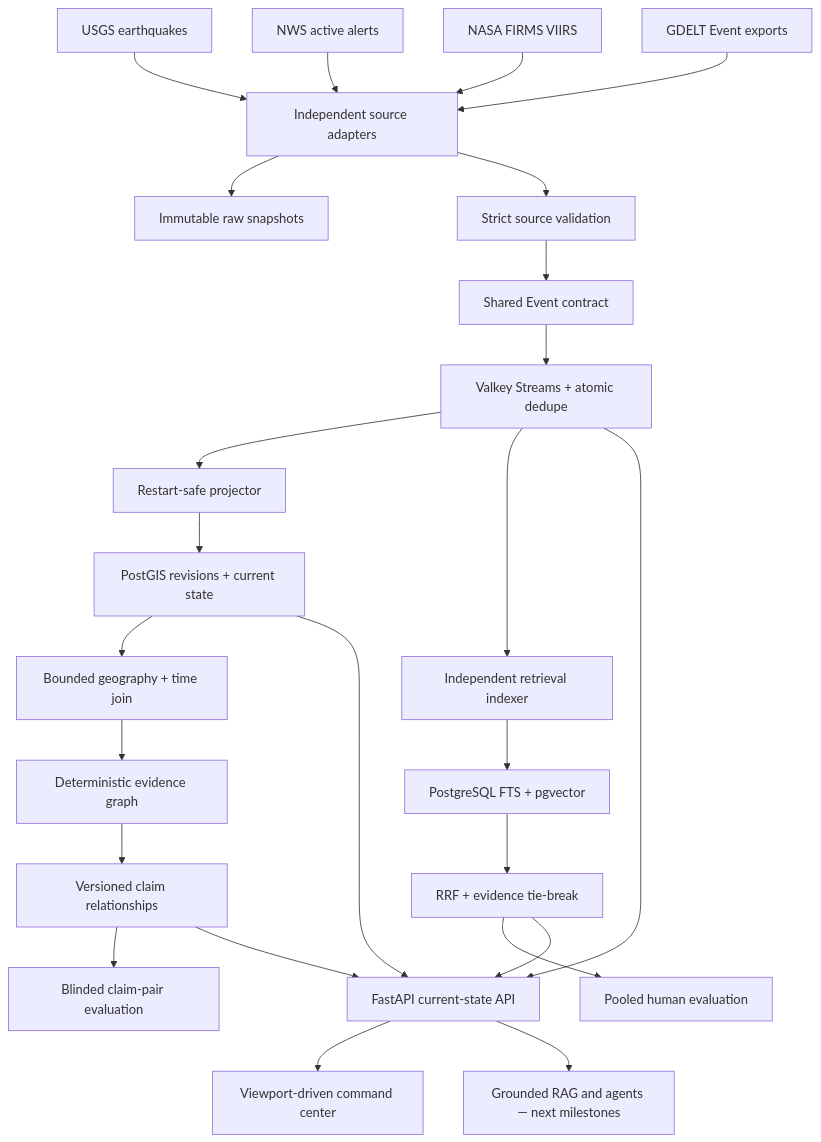
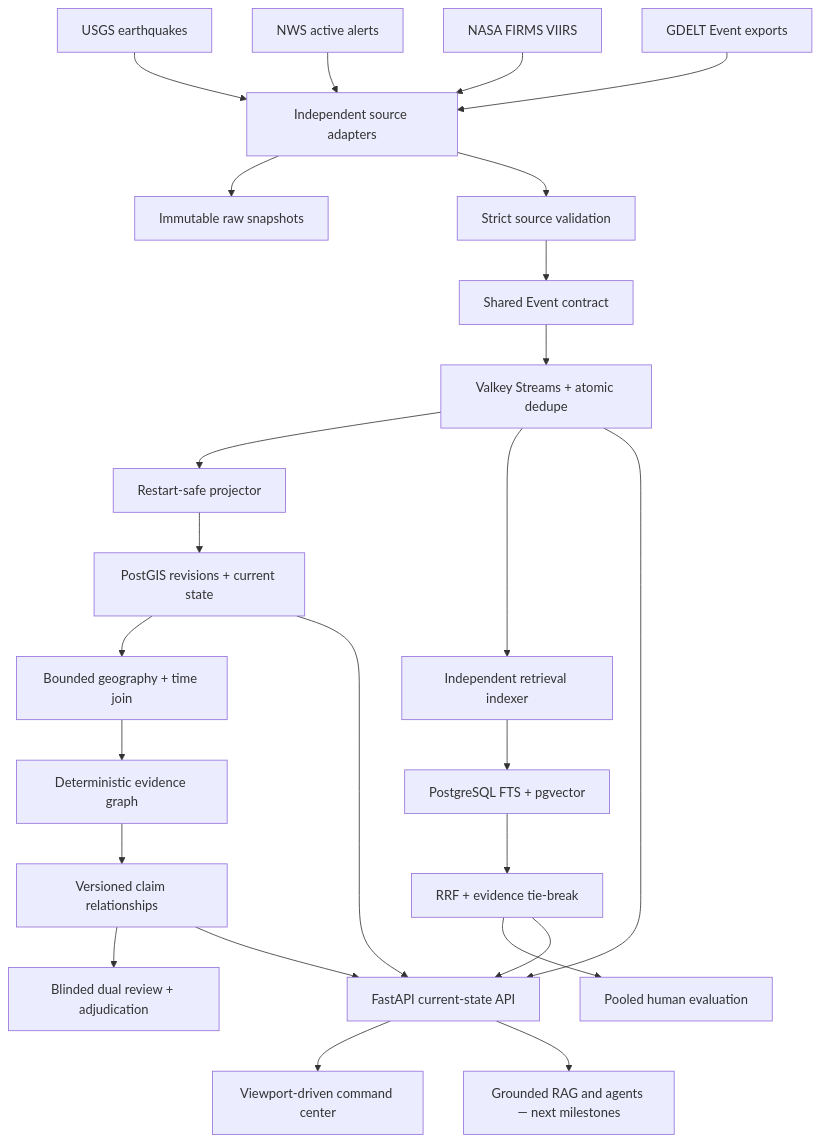
Before and after one commit to Thivas12/atlas-pulse: the diagram in README.md, drawn with Mermaid. The commit also changed other lines of this file and 12 other files, not shown here.

````diff
--- a/README.md
+++ b/README.md
@@ -55,27 +58,27 @@
 ```mermaid
 flowchart TD
     USGS["USGS earthquakes"] --> Adapters["Independent source adapters"]
     NWS["NWS active alerts"] --> Adapters
     FIRMS["NASA FIRMS VIIRS"] --> Adapters
     GDELT["GDELT Event exports"] --> Adapters
     Adapters --> Raw["Immutable raw snapshots"]
     Adapters --> Validate["Strict source validation"]
     Validate --> Contract["Shared Event contract"]
     Contract --> Stream["Valkey Streams + atomic dedupe"]
     Stream --> Projector["Restart-safe projector"]
     Projector --> PostGIS["PostGIS revisions + current state"]
     Stream --> Indexer["Independent retrieval indexer"]
     Indexer --> Hybrid["PostgreSQL FTS + pgvector"]
     PostGIS --> Correlate["Bounded geography + time join"]
     Correlate --> Graph["Deterministic evidence graph"]
     Graph --> Claims["Versioned claim relationships"]
-    Claims --> RelEvaluate["Blinded claim-pair evaluation"]
+    Claims --> RelEvaluate["Blinded dual review + adjudication"]
     PostGIS --> API["FastAPI current-state API"]
     Hybrid --> Search["RRF + evidence tie-break"]
     Search --> Evaluate["Pooled human evaluation"]
     Search --> API
     Claims --> API
     Stream --> API
     API --> Web["Viewport-driven command center"]
     API --> Agents["Grounded RAG and agents — next milestones"]
 ```
````
